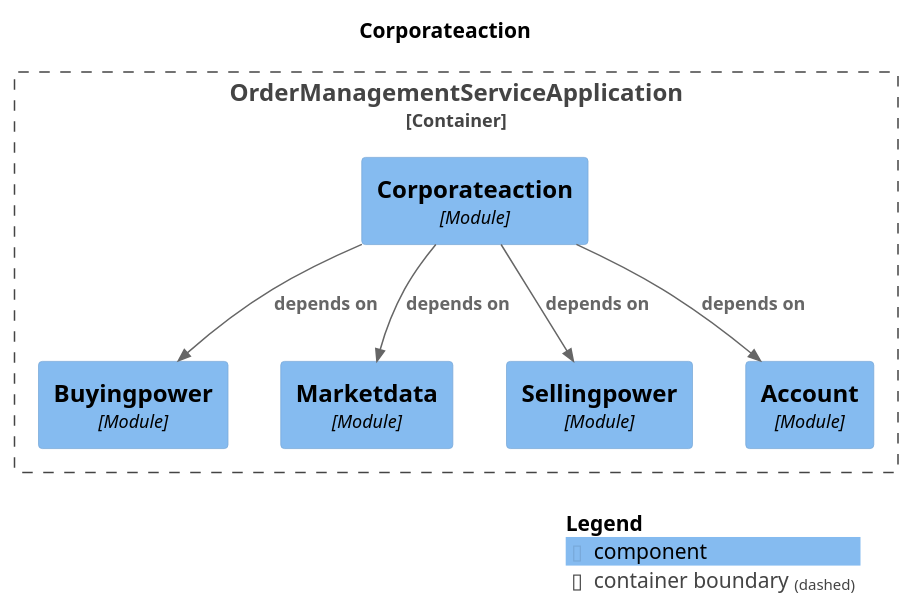
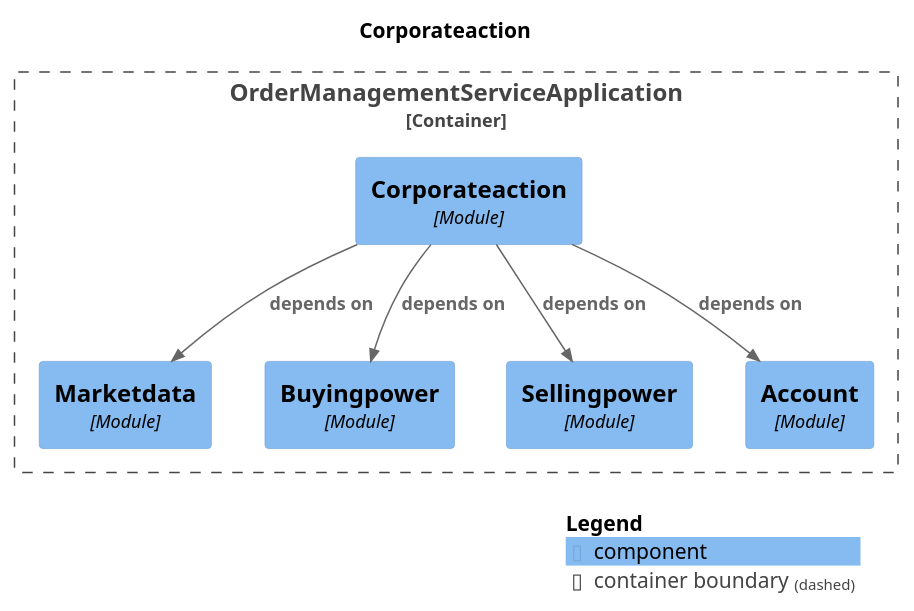
One commit to NosearY/order-management-service-reference-implementation changed the diagram in static/spring-modulith-docs/module-corporateaction.puml. Above: the diagram before and after it, drawn with PlantUML. The commit also changed other lines of this file and 97 other files, not shown here.

```diff
--- a/static/spring-modulith-docs/module-corporateaction.puml
+++ b/static/spring-modulith-docs/module-corporateaction.puml
@@ -1,25 +1,25 @@
 @startuml
 set separator none
 title Corporateaction
 
 top to bottom direction
 
 !include <C4/C4>
 !include <C4/C4_Context>
 !include <C4/C4_Component>
 
 Container_Boundary("OrderManagementServiceApplication.OrderManagementServiceApplication_boundary", "OrderManagementServiceApplication", $tags="") {
   Component(OrderManagementServiceApplication.OrderManagementServiceApplication.Corporateaction, "Corporateaction", $techn="Module", $descr="", $tags="", $link="")
+  Component(OrderManagementServiceApplication.OrderManagementServiceApplication.Marketdata, "Marketdata", $techn="Module", $descr="", $tags="", $link="")
   Component(OrderManagementServiceApplication.OrderManagementServiceApplication.Buyingpower, "Buyingpower", $techn="Module", $descr="", $tags="", $link="")
-  Component(OrderManagementServiceApplication.OrderManagementServiceApplication.Marketdata, "Marketdata", $techn="Module", $descr="", $tags="", $link="")
   Component(OrderManagementServiceApplication.OrderManagementServiceApplication.Sellingpower, "Sellingpower", $techn="Module", $descr="", $tags="", $link="")
   Component(OrderManagementServiceApplication.OrderManagementServiceApplication.Account, "Account", $techn="Module", $descr="", $tags="", $link="")
 }
 
 Rel(OrderManagementServiceApplication.OrderManagementServiceApplication.Corporateaction, OrderManagementServiceApplication.OrderManagementServiceApplication.Marketdata, "depends on", $techn="", $tags="", $link="")
 Rel(OrderManagementServiceApplication.OrderManagementServiceApplication.Corporateaction, OrderManagementServiceApplication.OrderManagementServiceApplication.Account, "depends on", $techn="", $tags="", $link="")
 Rel(OrderManagementServiceApplication.OrderManagementServiceApplication.Corporateaction, OrderManagementServiceApplication.OrderManagementServiceApplication.Buyingpower, "depends on", $techn="", $tags="", $link="")
 Rel(OrderManagementServiceApplication.OrderManagementServiceApplication.Corporateaction, OrderManagementServiceApplication.OrderManagementServiceApplication.Sellingpower, "depends on", $techn="", $tags="", $link="")
 
 SHOW_LEGEND(true)
 @enduml
```
